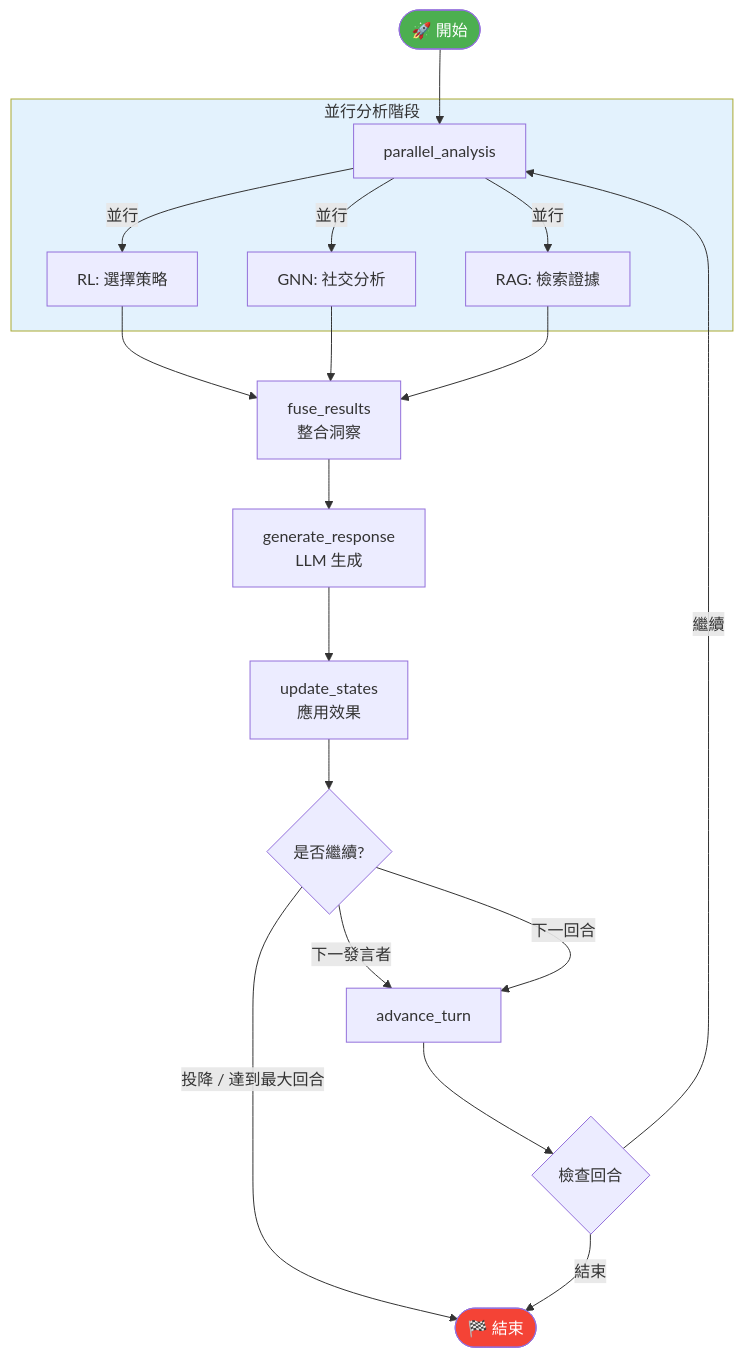
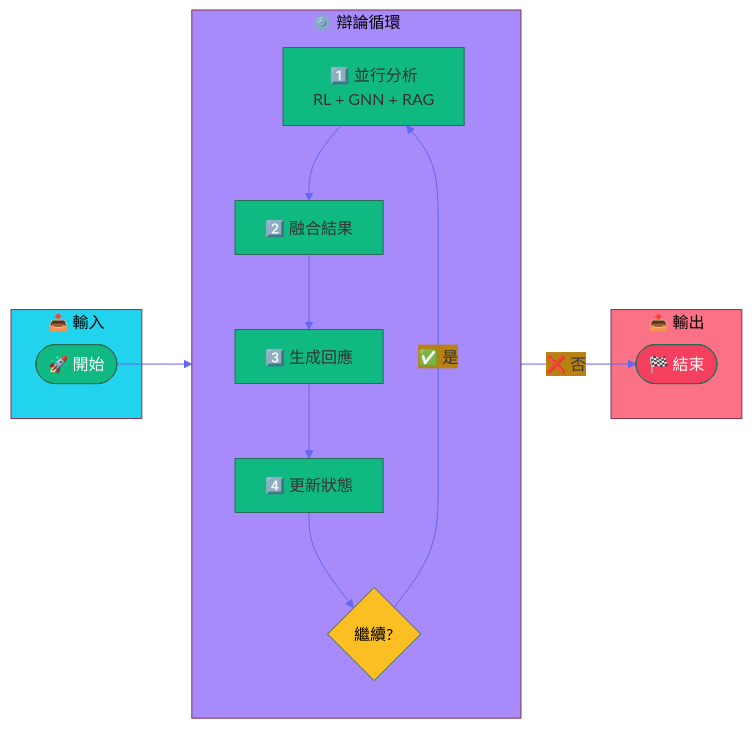
The seventh of 7 diagrams in README.md (AluminumShark/Social-Debate-AI), drawn with Mermaid before and after one commit. The commit also changed other lines of this file, not shown here.

First line of the commit message:
style(docs): improve Mermaid diagrams with brighter colors and cleaner layout

````diff
--- a/README.md
+++ b/README.md
@@ -500,29 +527,36 @@
 ```mermaid
-flowchart TD
-    Start([🚀 開始]) --> PA
-
-    subgraph Analysis["並行分析階段"]
-        PA["parallel_analysis"]
-        PA --> |"並行"| RL["RL: 選擇策略"]
-        PA --> |"並行"| GNN["GNN: 社交分析"]
-        PA --> |"並行"| RAG["RAG: 檢索證據"]
+%%{init: {'theme': 'base', 'themeVariables': { 'primaryColor': '#10b981', 'lineColor': '#6366f1'}}}%%
+flowchart LR
+    subgraph Input["📥 輸入"]
+        Start(["🚀 開始"])
     end
 
-    RL & GNN & RAG --> Fuse["fuse_results<br/>整合洞察"]
-    Fuse --> Gen["generate_response<br/>LLM 生成"]
-    Gen --> Update["update_states<br/>應用效果"]
-    
-    Update --> Decision{是否繼續?}
-    
-    Decision --> |"下一發言者"| Advance["advance_turn"]
-    Decision --> |"下一回合"| Advance
-    Decision --> |"投降 / 達到最大回合"| End([🏁 結束])
-    
-    Advance --> Check{檢查回合}
-    Check --> |"繼續"| PA
-    Check --> |"結束"| End
+    subgraph Process["⚙️ 辯論循環"]
+        direction TB
+        Analyze["1️⃣ 並行分析<br/>RL + GNN + RAG"]
+        Fuse["2️⃣ 融合結果"]
+        Generate["3️⃣ 生成回應"]
+        Update["4️⃣ 更新狀態"]
+        Check{"繼續?"}
+        
+        Analyze --> Fuse
+        Fuse --> Generate
+        Generate --> Update
+        Update --> Check
+        Check -->|"✅ 是"| Analyze
+    end
 
-    style Start fill:#4caf50,color:#fff
-    style End fill:#f44336,color:#fff
-    style Analysis fill:#e3f2fd
+    subgraph Output["📤 輸出"]
+        End(["🏁 結束"])
+    end
+
+    Start --> Analyze
+    Check -->|"❌ 否"| End
+
+    style Input fill:#22d3ee,color:#000
+    style Process fill:#a78bfa,color:#000
+    style Output fill:#fb7185,color:#000
+    style Start fill:#10b981,color:#fff
+    style End fill:#f43f5e,color:#fff
+    style Check fill:#fbbf24,color:#000
 ```
````
